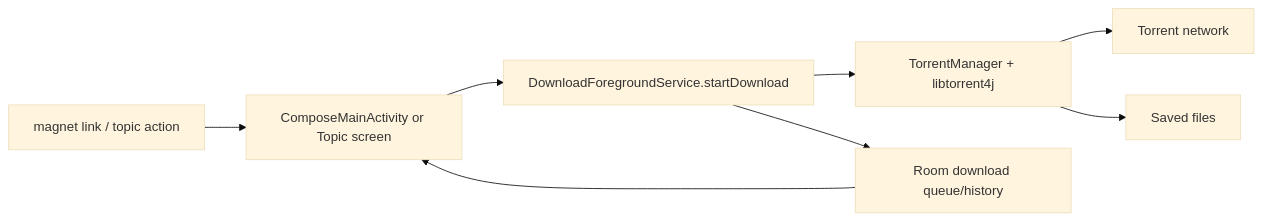
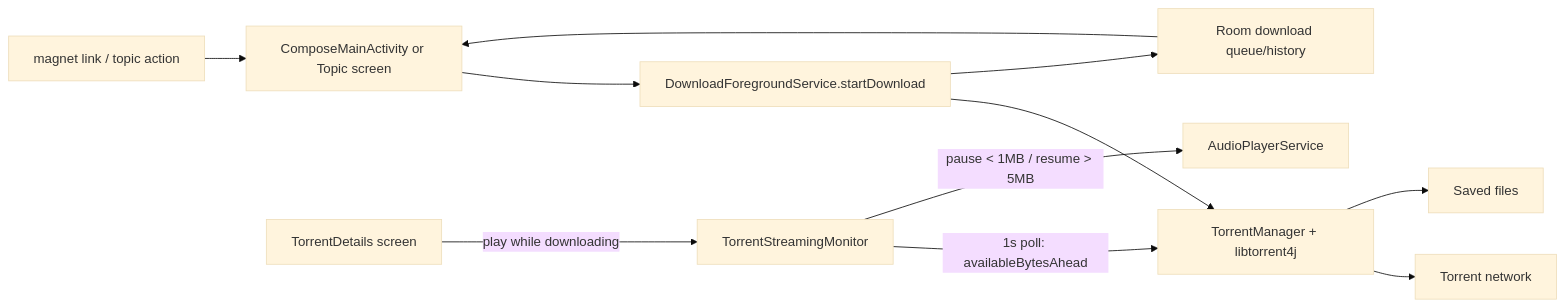
Before and after one commit to Gosayram/jabook: the third of 5 diagrams in README.md, drawn with Mermaid (base theme). The commit also changed other lines of this file, not shown here.

````diff
--- a/README.md
+++ b/README.md
@@ -139,15 +181,20 @@
 ```mermaid
 flowchart LR
     A[magnet link / topic action]
     B[ComposeMainActivity or Topic screen]
     C[DownloadForegroundService.startDownload]
     D[TorrentManager + libtorrent4j]
     E[Torrent network]
     F[Saved files]
     G[Room download queue/history]
+    H[TorrentDetails screen]
+    I[TorrentStreamingMonitor]
 
     A --> B --> C --> D --> E
     D --> F
     C --> G
     G --> B
+    H -->|play while downloading| I
+    I -->|1s poll: availableBytesAhead| D
+    I -->|pause < 1MB / resume > 5MB| J[AudioPlayerService]
 ```
````
